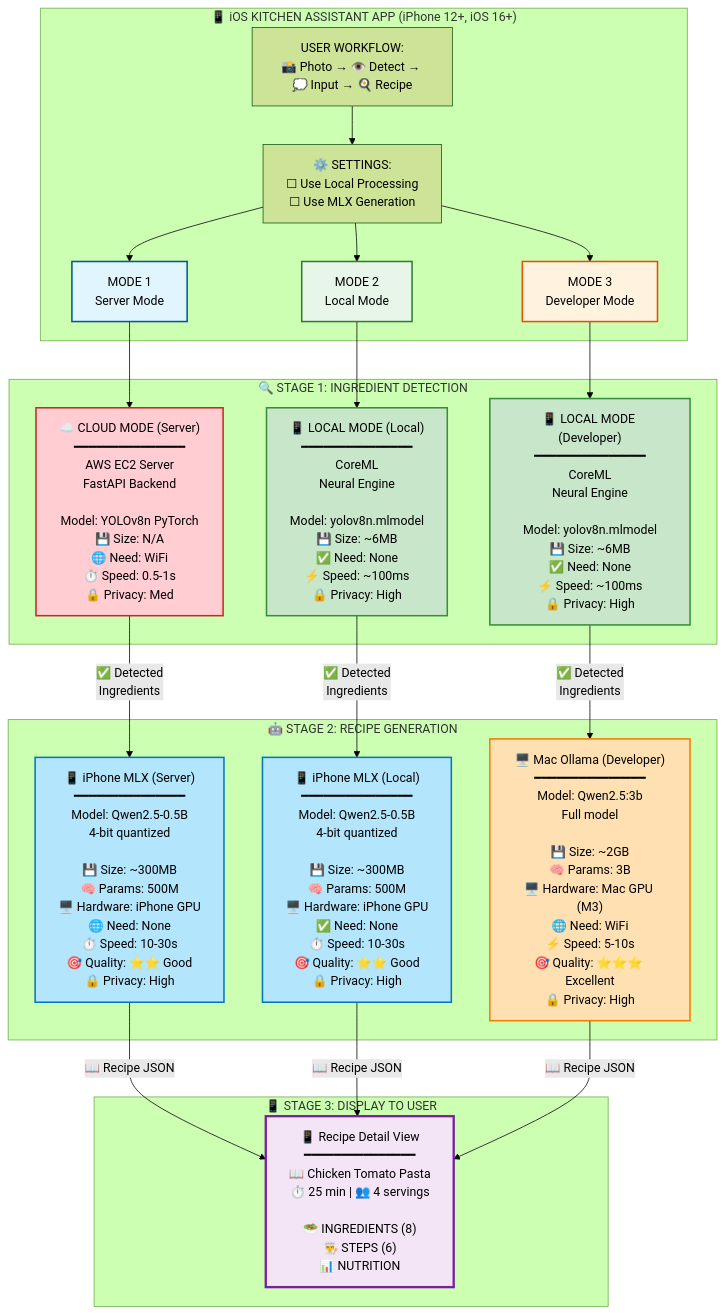
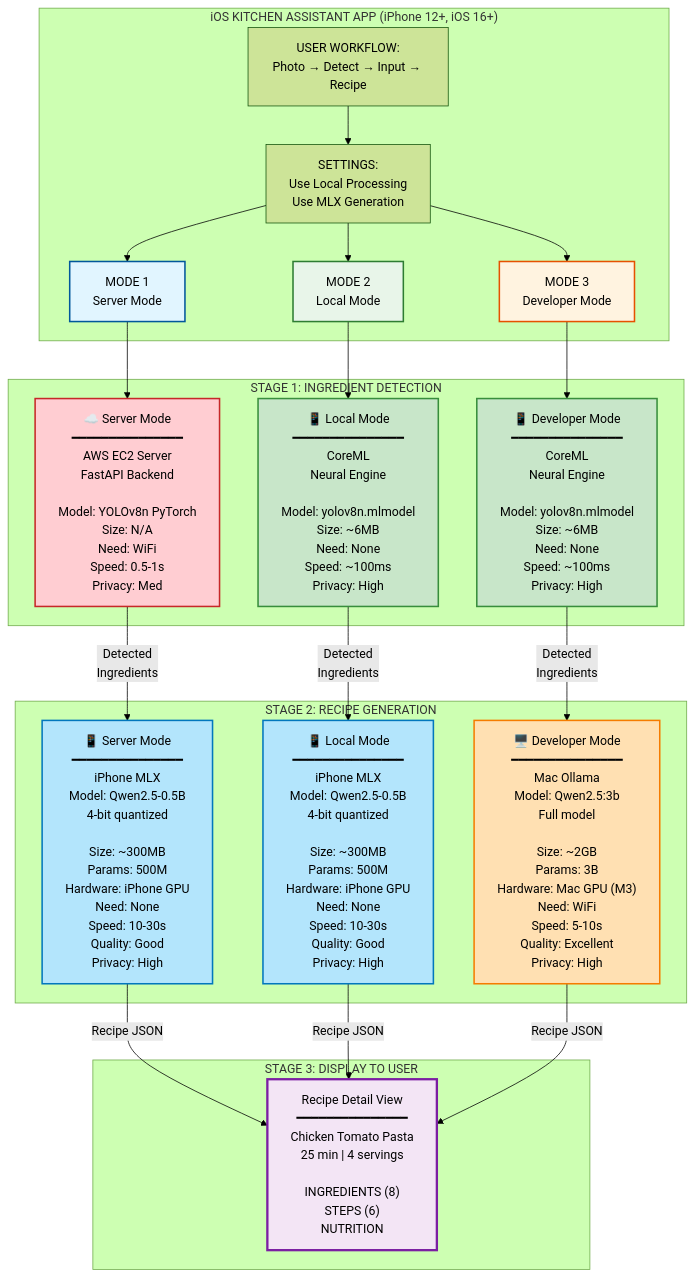
Before and after one commit to Jessi0803/kitchen_assistant: the first of 6 diagrams in architecture-mermaid.md, drawn with Mermaid (forest theme). The commit also changed other lines of this file, not shown here.

Commit message:
docs: simplify emoji usage in Mermaid diagrams
- Keep only essential emojis: ☁️ (Cloud), 📱 (iPhone), 🖥️ (Mac)
- Remove decorative emojis from metrics (💾, 🧠, ⏱️, 🎯, 🔒, 🌐, ⚡, ✅)
- Remove emojis from workflow description
- Clean up node labels to focus on core information
- Maintain clear visual distinction between modes using colors
- Improve readability by reducing visual clutter

````diff
--- a/architecture-mermaid.md
+++ b/architecture-mermaid.md
@@ -7,59 +7,59 @@
 ```mermaid
 graph TB
-    subgraph iOS["📱 iOS KITCHEN ASSISTANT APP (iPhone 12+, iOS 16+)"]
-        Workflow["USER WORKFLOW:<br/>📸 Photo → 👁️ Detect → 💭 Input → 🍳 Recipe"]
-        Settings["⚙️ SETTINGS:<br/>☐ Use Local Processing<br/>☐ Use MLX Generation"]
+    subgraph iOS["iOS KITCHEN ASSISTANT APP (iPhone 12+, iOS 16+)"]
+        Workflow["USER WORKFLOW:<br/>Photo → Detect → Input → Recipe"]
+        Settings["SETTINGS:<br/>Use Local Processing<br/>Use MLX Generation"]
         
         Workflow --> Settings
         
         Settings --> Mode1[MODE 1<br/>Server Mode]
         Settings --> Mode2[MODE 2<br/>Local Mode]
         Settings --> Mode3[MODE 3<br/>Developer Mode]
     end
     
-    subgraph Stage1["🔍 STAGE 1: INGREDIENT DETECTION"]
-        ServerDetect["☁️ CLOUD MODE (Server)<br/>━━━━━━━━━━━━━━━<br/>AWS EC2 Server<br/>FastAPI Backend<br/><br/>Model: YOLOv8n PyTorch<br/>💾 Size: N/A<br/>🌐 Need: WiFi<br/>⏱️ Speed: 0.5-1s<br/>🔒 Privacy: Med"]
+    subgraph Stage1["STAGE 1: INGREDIENT DETECTION"]
+        ServerDetect["☁️ Server Mode<br/>━━━━━━━━━━━━━━━<br/>AWS EC2 Server<br/>FastAPI Backend<br/><br/>Model: YOLOv8n PyTorch<br/>Size: N/A<br/>Need: WiFi<br/>Speed: 0.5-1s<br/>Privacy: Med"]
         
-        LocalDetect["📱 LOCAL MODE (Local)<br/>━━━━━━━━━━━━━━━<br/>CoreML<br/>Neural Engine<br/><br/>Model: yolov8n.mlmodel<br/>💾 Size: ~6MB<br/>✅ Need: None<br/>⚡ Speed: ~100ms<br/>🔒 Privacy: High"]
+        LocalDetect["📱 Local Mode<br/>━━━━━━━━━━━━━━━<br/>CoreML<br/>Neural Engine<br/><br/>Model: yolov8n.mlmodel<br/>Size: ~6MB<br/>Need: None<br/>Speed: ~100ms<br/>Privacy: High"]
         
-        DevDetect["📱 LOCAL MODE (Developer)<br/>━━━━━━━━━━━━━━━<br/>CoreML<br/>Neural Engine<br/><br/>Model: yolov8n.mlmodel<br/>💾 Size: ~6MB<br/>✅ Need: None<br/>⚡ Speed: ~100ms<br/>🔒 Privacy: High"]
+        DevDetect["📱 Developer Mode<br/>━━━━━━━━━━━━━━━<br/>CoreML<br/>Neural Engine<br/><br/>Model: yolov8n.mlmodel<br/>Size: ~6MB<br/>Need: None<br/>Speed: ~100ms<br/>Privacy: High"]
     end
     
-    subgraph Stage2["🤖 STAGE 2: RECIPE GENERATION"]
-        ServerRecipe["📱 iPhone MLX (Server)<br/>━━━━━━━━━━━━━━━<br/>Model: Qwen2.5-0.5B<br/>4-bit quantized<br/><br/>💾 Size: ~300MB<br/>🧠 Params: 500M<br/>🖥️ Hardware: iPhone GPU<br/>🌐 Need: None<br/>⏱️ Speed: 10-30s<br/>🎯 Quality: ⭐⭐ Good<br/>🔒 Privacy: High"]
+    subgraph Stage2["STAGE 2: RECIPE GENERATION"]
+        ServerRecipe["📱 Server Mode<br/>━━━━━━━━━━━━━━━<br/>iPhone MLX<br/>Model: Qwen2.5-0.5B<br/>4-bit quantized<br/><br/>Size: ~300MB<br/>Params: 500M<br/>Hardware: iPhone GPU<br/>Need: None<br/>Speed: 10-30s<br/>Quality: Good<br/>Privacy: High"]
         
-        LocalRecipe["📱 iPhone MLX (Local)<br/>━━━━━━━━━━━━━━━<br/>Model: Qwen2.5-0.5B<br/>4-bit quantized<br/><br/>💾 Size: ~300MB<br/>🧠 Params: 500M<br/>🖥️ Hardware: iPhone GPU<br/>✅ Need: None<br/>⏱️ Speed: 10-30s<br/>🎯 Quality: ⭐⭐ Good<br/>🔒 Privacy: High"]
+        LocalRecipe["📱 Local Mode<br/>━━━━━━━━━━━━━━━<br/>iPhone MLX<br/>Model: Qwen2.5-0.5B<br/>4-bit quantized<br/><br/>Size: ~300MB<br/>Params: 500M<br/>Hardware: iPhone GPU<br/>Need: None<br/>Speed: 10-30s<br/>Quality: Good<br/>Privacy: High"]
         
-        DevRecipe["🖥️ Mac Ollama (Developer)<br/>━━━━━━━━━━━━━━━<br/>Model: Qwen2.5:3b<br/>Full model<br/><br/>💾 Size: ~2GB<br/>🧠 Params: 3B<br/>🖥️ Hardware: Mac GPU (M3)<br/>🌐 Need: WiFi<br/>⚡ Speed: 5-10s<br/>🎯 Quality: ⭐⭐⭐ Excellent<br/>🔒 Privacy: High"]
+        DevRecipe["🖥️ Developer Mode<br/>━━━━━━━━━━━━━━━<br/>Mac Ollama<br/>Model: Qwen2.5:3b<br/>Full model<br/><br/>Size: ~2GB<br/>Params: 3B<br/>Hardware: Mac GPU (M3)<br/>Need: WiFi<br/>Speed: 5-10s<br/>Quality: Excellent<br/>Privacy: High"]
     end
     
-    subgraph Stage3["📱 STAGE 3: DISPLAY TO USER"]
-        Display["📱 Recipe Detail View<br/>━━━━━━━━━━━━━━━<br/>📖 Chicken Tomato Pasta<br/>⏱️ 25 min | 👥 4 servings<br/><br/>🥗 INGREDIENTS (8)<br/>👨‍🍳 STEPS (6)<br/>📊 NUTRITION"]
+    subgraph Stage3["STAGE 3: DISPLAY TO USER"]
+        Display["Recipe Detail View<br/>━━━━━━━━━━━━━━━<br/>Chicken Tomato Pasta<br/>25 min | 4 servings<br/><br/>INGREDIENTS (8)<br/>STEPS (6)<br/>NUTRITION"]
     end
     
     Mode1 --> ServerDetect
     Mode2 --> LocalDetect
     Mode3 --> DevDetect
     
-    ServerDetect -->|✅ Detected<br/>Ingredients| ServerRecipe
-    LocalDetect -->|✅ Detected<br/>Ingredients| LocalRecipe
-    DevDetect -->|✅ Detected<br/>Ingredients| DevRecipe
+    ServerDetect -->|Detected<br/>Ingredients| ServerRecipe
+    LocalDetect -->|Detected<br/>Ingredients| LocalRecipe
+    DevDetect -->|Detected<br/>Ingredients| DevRecipe
     
-    ServerRecipe -->|📖 Recipe JSON| Display
-    LocalRecipe -->|📖 Recipe JSON| Display
-    DevRecipe -->|📖 Recipe JSON| Display
+    ServerRecipe -->|Recipe JSON| Display
+    LocalRecipe -->|Recipe JSON| Display
+    DevRecipe -->|Recipe JSON| Display
     
     style Mode1 fill:#e1f5ff,stroke:#01579b,stroke-width:2px
     style Mode2 fill:#e8f5e9,stroke:#2e7d32,stroke-width:2px
     style Mode3 fill:#fff3e0,stroke:#e65100,stroke-width:2px
     
     style ServerDetect fill:#ffcdd2,stroke:#c62828,stroke-width:2px
     style LocalDetect fill:#c8e6c9,stroke:#388e3c,stroke-width:2px
     style DevDetect fill:#c8e6c9,stroke:#388e3c,stroke-width:2px
     
     style ServerRecipe fill:#b3e5fc,stroke:#0277bd,stroke-width:2px
     style LocalRecipe fill:#b3e5fc,stroke:#0277bd,stroke-width:2px
     style DevRecipe fill:#ffe0b2,stroke:#f57c00,stroke-width:2px
     
     style Display fill:#f3e5f5,stroke:#7b1fa2,stroke-width:3px
 ```
````
